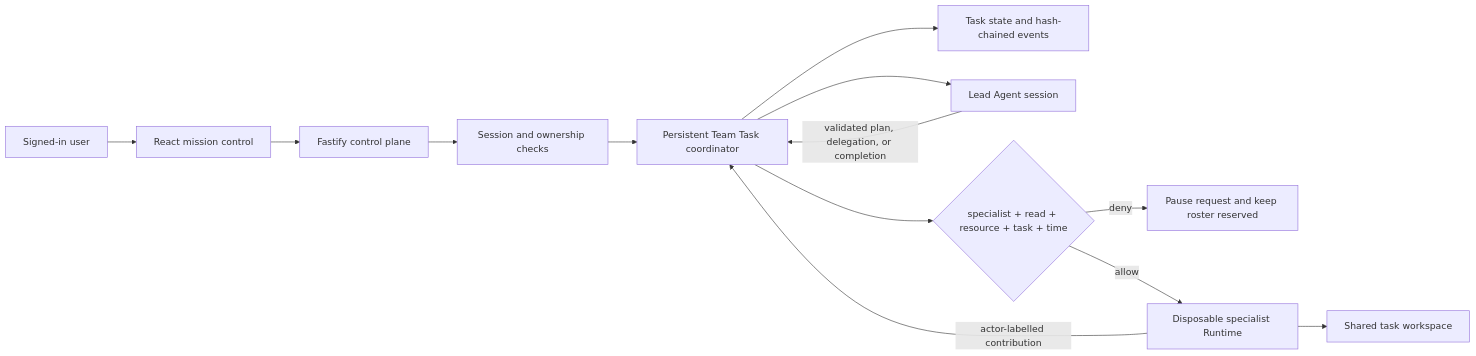
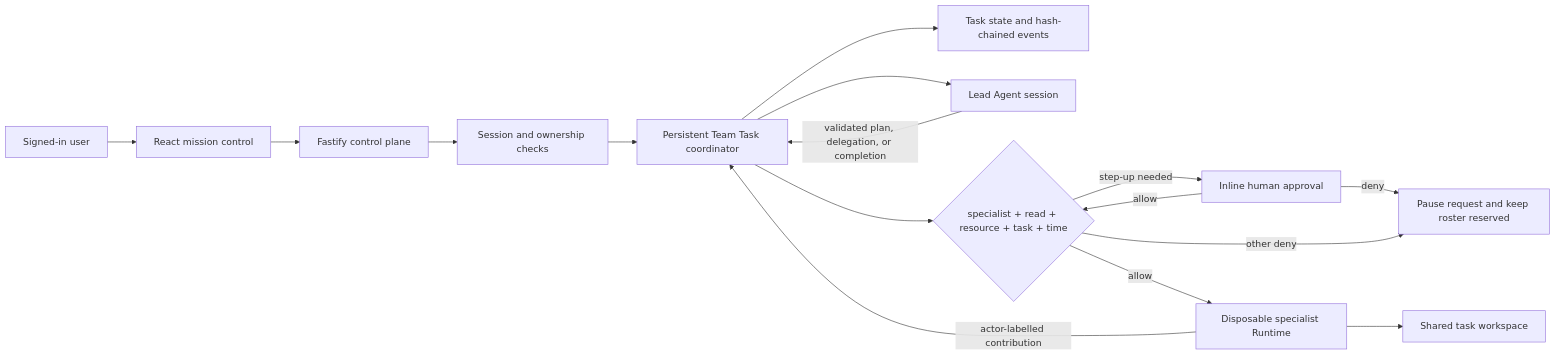
One commit to waiyeeyuen/SmallPotato changed the first of 2 diagrams in docs/COORDINATION_ARCHITECTURE.md. Above: the diagram before and after it, drawn with Mermaid. The commit also changed other lines of this file and 17 other files, not shown here.

````diff
--- a/docs/COORDINATION_ARCHITECTURE.md
+++ b/docs/COORDINATION_ARCHITECTURE.md
@@ -12,15 +12,18 @@
 ```mermaid
 flowchart LR
   User["Signed-in user"] --> UI["React mission control"]
   UI --> API["Fastify control plane"]
   API --> Identity["Session and ownership checks"]
   Identity --> Coordinator["Persistent Team Task coordinator"]
   Coordinator --> Store["Task state and hash-chained events"]
   Coordinator --> Lead["Lead Agent session"]
   Lead -->|"validated plan, delegation, or completion"| Coordinator
   Coordinator --> Policy{"specialist + read + resource + task + time"}
-  Policy -->|deny| Pause["Pause request and keep roster reserved"]
+  Policy -->|step-up needed| Approval["Inline human approval"]
+  Approval -->|deny| Pause["Stop request; no specialist Runtime"]
+  Approval -->|allow| Policy
+  Policy -->|other deny| Pause["Pause request and keep roster reserved"]
   Policy -->|allow| Runtime["Disposable specialist Runtime"]
   Runtime --> Workspace["Shared task workspace"]
   Runtime -->|"actor-labelled contribution"| Coordinator
 ```
````
